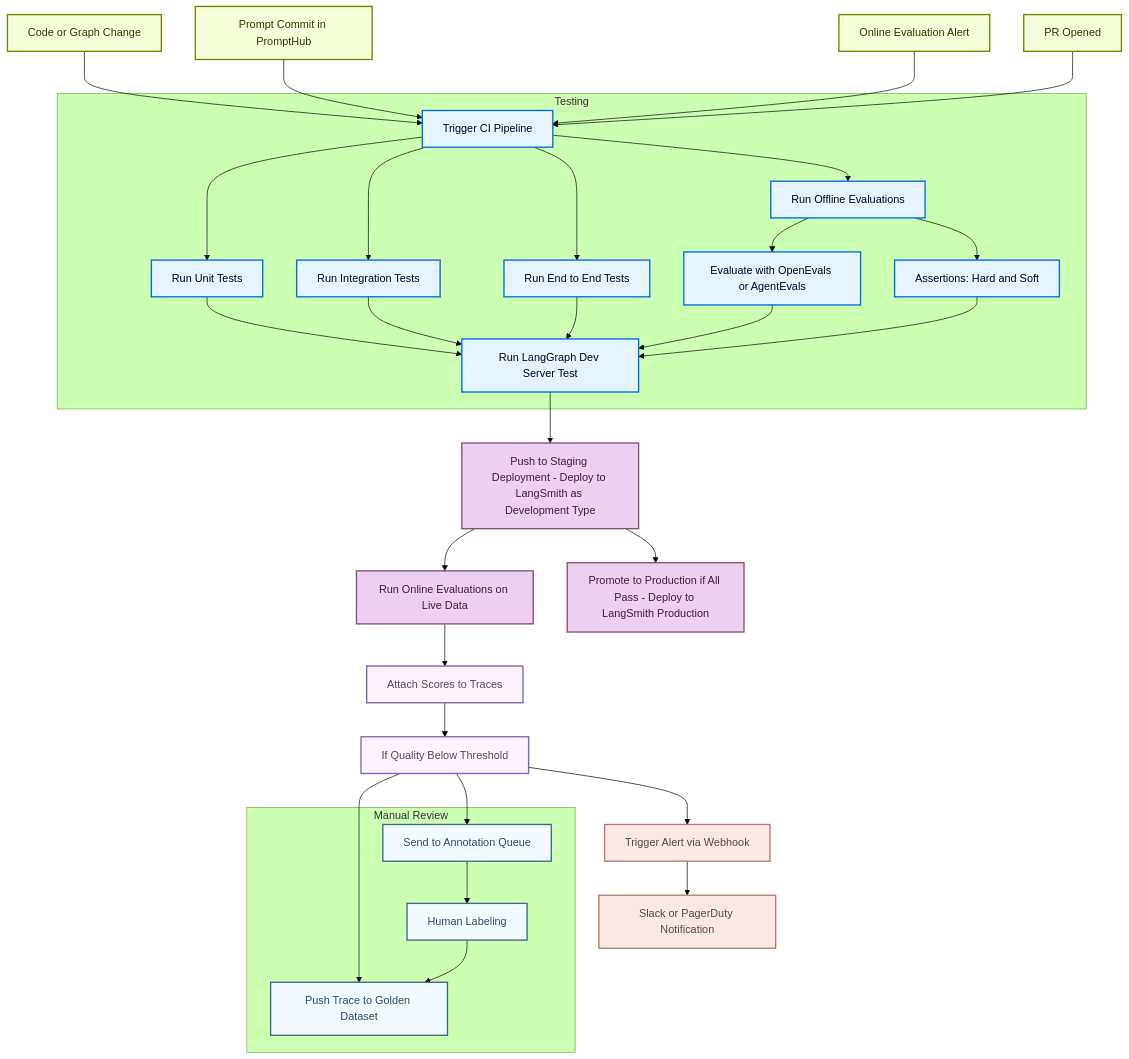
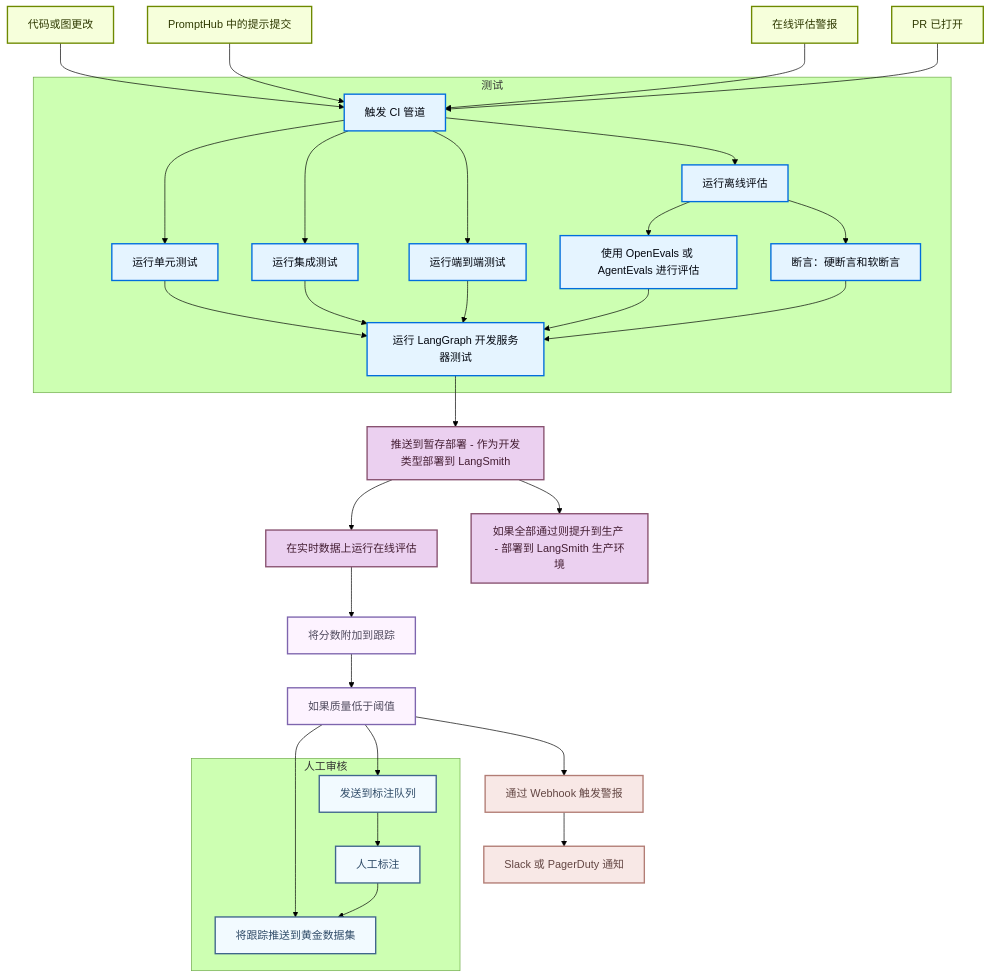
The first of 2 diagrams in langsmith/cicd-pipeline-example.mdx (kunfan96/cndocs-langchain), drawn with Mermaid (forest theme) before and after one commit. The commit also changed other lines of this file and 2498 other files, not shown here.

````diff
--- a/langsmith/cicd-pipeline-example.mdx
+++ b/langsmith/cicd-pipeline-example.mdx
@@ -21,56 +21,56 @@
 ```mermaid
 graph TD
-    A1[Code or Graph Change] --> B1[Trigger CI Pipeline]
-    A2[Prompt Commit in PromptHub] --> B1
-    A3[Online Evaluation Alert] --> B1
-    A4[PR Opened] --> B1
+    A1[代码或图更改] --> B1[触发 CI 管道]
+    A2[PromptHub 中的提示提交] --> B1
+    A3[在线评估警报] --> B1
+    A4[PR 已打开] --> B1
 
-    subgraph "Testing"
-        B1 --> C1[Run Unit Tests]
-        B1 --> C2[Run Integration Tests]
-        B1 --> C3[Run End to End Tests]
-        B1 --> C4[Run Offline Evaluations]
+    subgraph "测试"
+        B1 --> C1[运行单元测试]
+        B1 --> C2[运行集成测试]
+        B1 --> C3[运行端到端测试]
+        B1 --> C4[运行离线评估]
 
-        C4 --> D1[Evaluate with OpenEvals or AgentEvals]
-        C4 --> D2[Assertions: Hard and Soft]
+        C4 --> D1[使用 OpenEvals 或 AgentEvals 进行评估]
+        C4 --> D2[断言：硬断言和软断言]
 
-        C1 --> E1[Run LangGraph Dev Server Test]
+        C1 --> E1[运行 LangGraph 开发服务器测试]
         C2 --> E1
         C3 --> E1
         D1 --> E1
         D2 --> E1
     end
 
-    E1 --> F1[Push to Staging Deployment - Deploy to LangSmith as Development Type]
+    E1 --> F1[推送到暂存部署 - 作为开发类型部署到 LangSmith]
 
-    F1 --> G1[Run Online Evaluations on Live Data]
-    G1 --> H1[Attach Scores to Traces]
+    F1 --> G1[在实时数据上运行在线评估]
+    G1 --> H1[将分数附加到跟踪]
 
-    H1 --> I1[If Quality Below Threshold]
-    I1 --> J1[Send to Annotation Queue]
-    I1 --> J2[Trigger Alert via Webhook]
-    I1 --> J3[Push Trace to Golden Dataset]
+    H1 --> I1[如果质量低于阈值]
+    I1 --> J1[发送到标注队列]
+    I1 --> J2[通过 Webhook 触发警报]
+    I1 --> J3[将跟踪推送到黄金数据集]
 
-    F1 --> K1[Promote to Production if All Pass - Deploy to LangSmith Production]
+    F1 --> K1[如果全部通过则提升到生产 - 部署到 LangSmith 生产环境]
 
-    J2 --> L1[Slack or PagerDuty Notification]
+    J2 --> L1[Slack 或 PagerDuty 通知]
 
-    subgraph Manual Review
-        J1 --> M1[Human Labeling]
+    subgraph 人工审核
+        J1 --> M1[人工标注]
         M1 --> J3
     end
 
     classDef trigger fill:#F6FFDB,stroke:#6E8900,stroke-width:2px,color:#2E3900
     classDef process fill:#E5F4FF,stroke:#006DDD,stroke-width:2px,color:#030710
     classDef decision fill:#FDF3FF,stroke:#7E65AE,stroke-width:2px,color:#504B5F
     classDef output fill:#EBD0F0,stroke:#885270,stroke-width:2px,color:#441E33
     classDef alert fill:#F8E8E6,stroke:#B27D75,stroke-width:2px,color:#634643
     classDef neutral fill:#F2FAFF,stroke:#40668D,stroke-width:2px,color:#2F4B68
 
     class A1,A2,A3,A4 trigger
     class B1,C1,C2,C3,C4,D1,D2,E1 process
     class H1,I1 decision
     class F1,G1,K1 output
     class J2,L1 alert
     class J1,J3,M1 neutral
 ```
````
